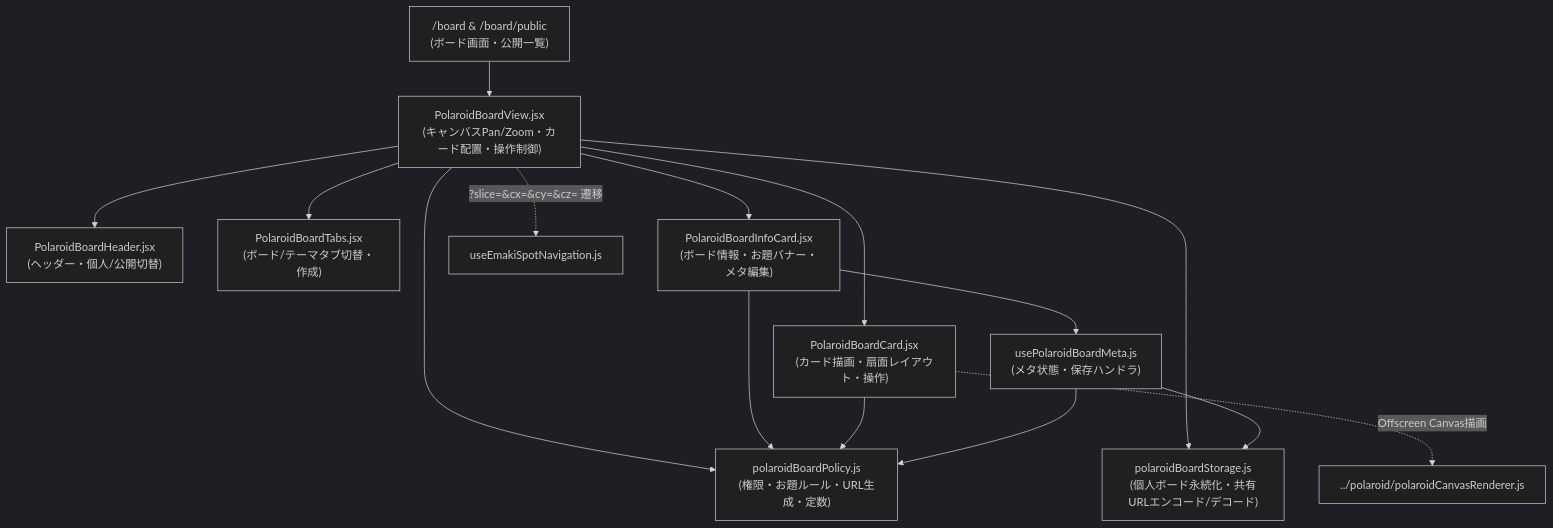
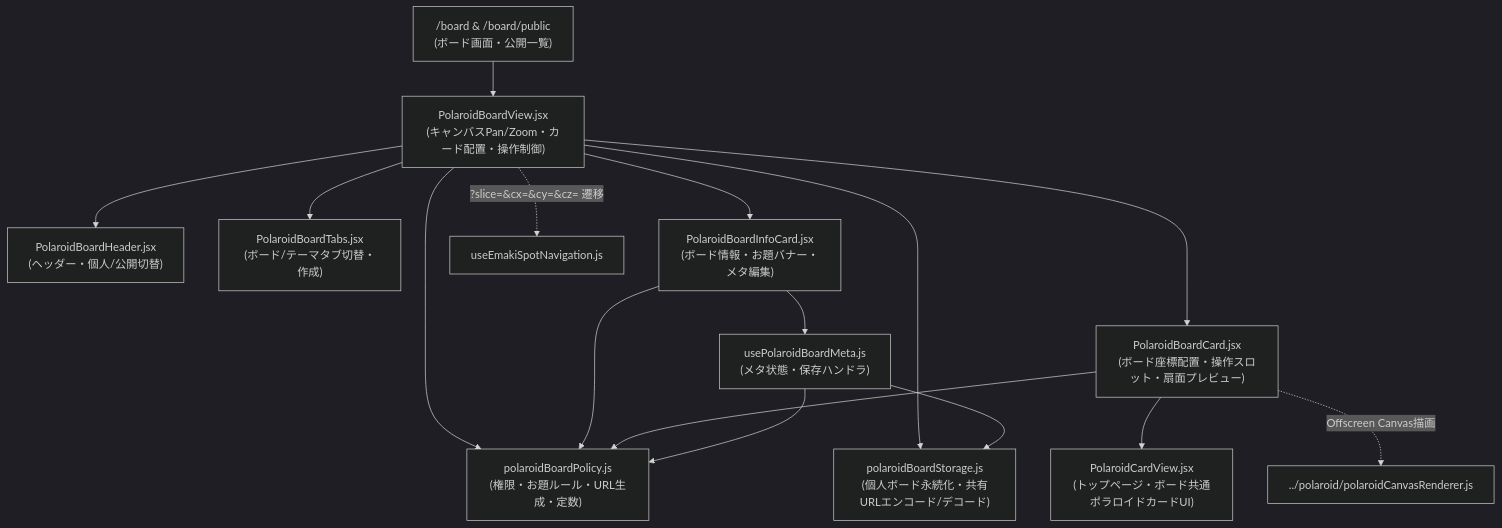
One commit to satoshi-create/emakimono-next changed the first of 2 diagrams in src/components/emaki/viewer/board/SPEC.md. Above: the diagram before and after it, drawn with Mermaid (dark theme). The commit also changed other lines of this file and 8 other files, not shown here.

Commit message:
chore: savepoint before refactoring HomePublicBoards and PolaroidBoardView

````diff
--- a/src/components/emaki/viewer/board/SPEC.md
+++ b/src/components/emaki/viewer/board/SPEC.md
@@ -7,19 +7,20 @@
 ```mermaid
 graph TD
     Page["/board & /board/public<br/>(ボード画面・公開一覧)"] --> View["PolaroidBoardView.jsx<br/>(キャンバスPan/Zoom・カード配置・操作制御)"]
     View --> Header["PolaroidBoardHeader.jsx<br/>(ヘッダー・個人/公開切替)"]
     View --> Tabs["PolaroidBoardTabs.jsx<br/>(ボード/テーマタブ切替・作成)"]
     View --> InfoCard["PolaroidBoardInfoCard.jsx<br/>(ボード情報・お題バナー・メタ編集)"]
-    View --> Card["PolaroidBoardCard.jsx<br/>(カード描画・扇面レイアウト・操作)"]
+    View --> Card["PolaroidBoardCard.jsx<br/>(ボード座標配置・操作スロット・扇面プレビュー)"]
+    Card --> CardView["PolaroidCardView.jsx<br/>(トップページ・ボード共通ポラロイドカードUI)"]
 
     InfoCard --> MetaHook["usePolaroidBoardMeta.js<br/>(メタ状態・保存ハンドラ)"]
     View --> Policy["polaroidBoardPolicy.js<br/>(権限・お題ルール・URL生成・定数)"]
     InfoCard --> Policy
     Card --> Policy
     MetaHook --> Policy
 
     View --> Storage["polaroidBoardStorage.js<br/>(個人ボード永続化・共有URLエンコード/デコード)"]
     MetaHook --> Storage
     Card -.->|Offscreen Canvas描画| Renderer["../polaroid/polaroidCanvasRenderer.js"]
     View -.->|?slice=&cx=&cy=&cz= 遷移| SpotNav["useEmakiSpotNavigation.js"]
 ```
````
